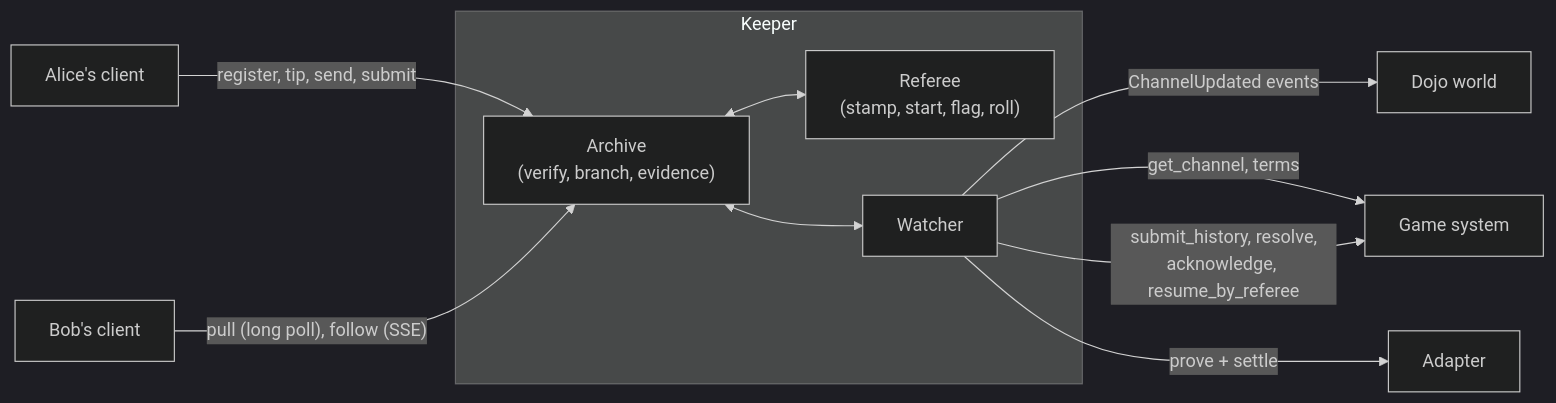
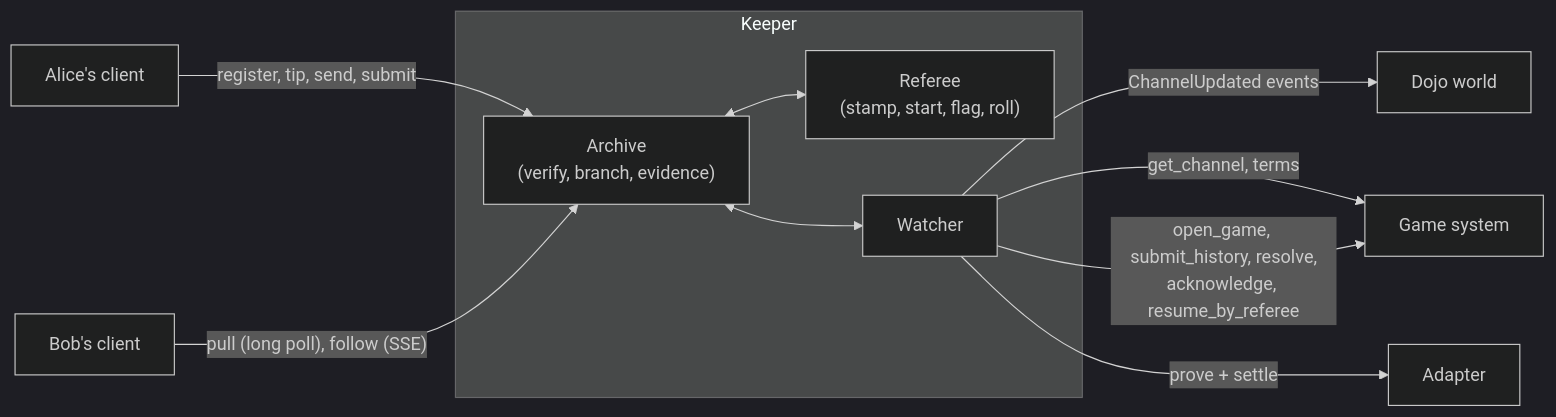
One commit to broody/arbiter changed the diagram in docs/src/pages/infra/keeper.mdx. Above: the diagram before and after it, drawn with Mermaid (dark theme). The commit also changed other lines of this file and 27 other files, not shown here.

````diff
--- a/docs/src/pages/infra/keeper.mdx
+++ b/docs/src/pages/infra/keeper.mdx
@@ -13,16 +13,16 @@
 ```mermaid
 flowchart LR
   A["Alice's client"] -- "register, tip, send, submit" --> AR
   B["Bob's client"] -- "pull (long poll), follow (SSE)" --> AR
   subgraph Keeper
     AR["Archive<br/>(verify, branch, evidence)"]
     RF["Referee<br/>(stamp, start, flag, roll)"]
     W["Watcher"]
     AR <--> RF
     AR <--> W
   end
   W -- "ChannelUpdated events" --> WD["Dojo world"]
   W -- "get_channel, terms" --> C["Game system"]
-  W -- "submit_history, resolve,<br/>acknowledge, resume_by_referee" --> C
+  W -- "open_game, submit_history, resolve,<br/>acknowledge, resume_by_referee" --> C
   W -- "prove + settle" --> P["Adapter"]
 ```
````
